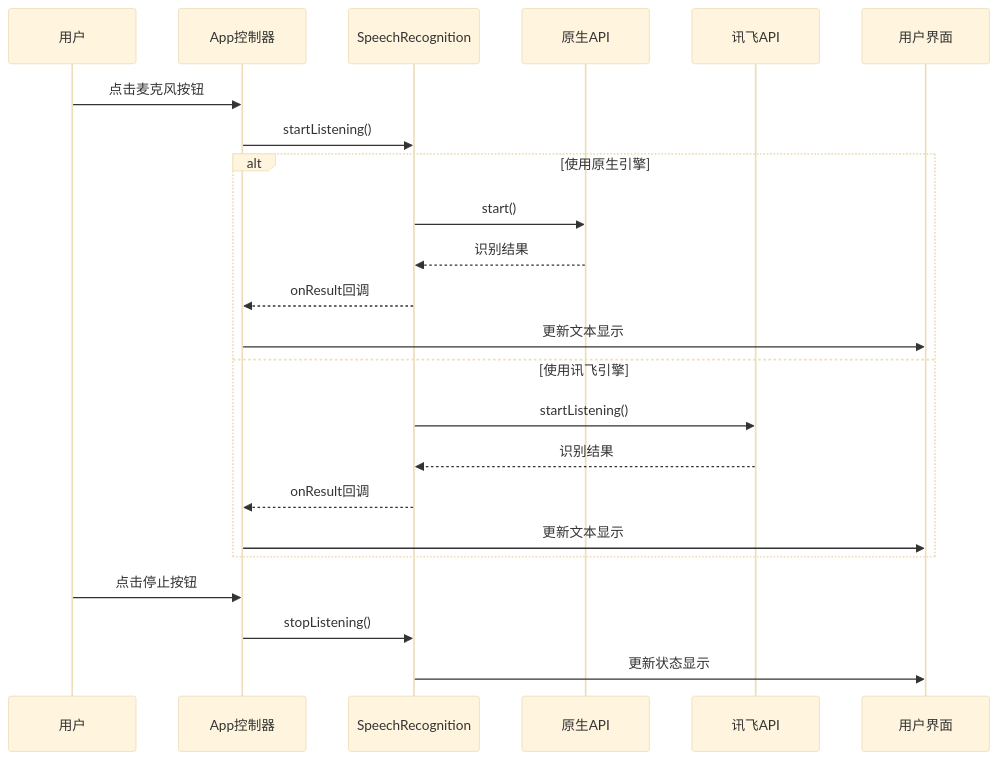
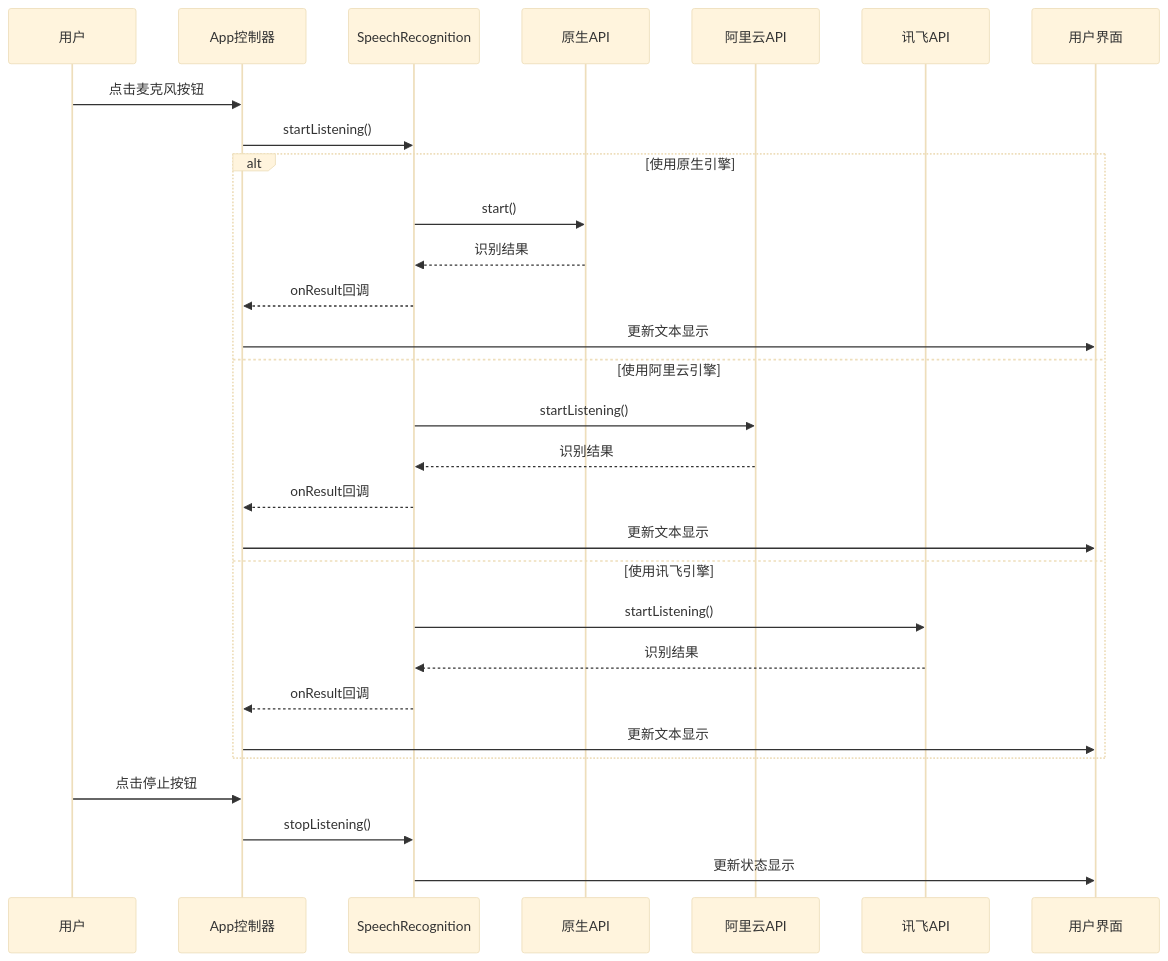
One commit to db300/MySpeechRecognition changed the seventh of 7 diagrams in .qoder/repowiki/zh/content/API参考文档/API参考文档.md. Above: the diagram before and after it, drawn with Mermaid (base theme). The commit also changed other lines of this file and 26 other files, not shown here.

````diff
--- a/.qoder/repowiki/zh/content/API参考文档/API参考文档.md
+++ b/.qoder/repowiki/zh/content/API参考文档/API参考文档.md
@@ -742,25 +940,31 @@
 ```mermaid
 sequenceDiagram
 participant User as 用户
 participant App as App控制器
 participant Speech as SpeechRecognition
 participant Native as 原生API
+participant Aliyun as 阿里云API
 participant Xfyun as 讯飞API
 participant UI as 用户界面
 User->>App : 点击麦克风按钮
 App->>Speech : startListening()
 alt 使用原生引擎
 Speech->>Native : start()
 Native-->>Speech : 识别结果
+Speech-->>App : onResult回调
+App->>UI : 更新文本显示
+else 使用阿里云引擎
+Speech->>Aliyun : startListening()
+Aliyun-->>Speech : 识别结果
 Speech-->>App : onResult回调
 App->>UI : 更新文本显示
 else 使用讯飞引擎
 Speech->>Xfyun : startListening()
 Xfyun-->>Speech : 识别结果
 Speech-->>App : onResult回调
 App->>UI : 更新文本显示
 end
 User->>App : 点击停止按钮
 App->>Speech : stopListening()
 Speech->>UI : 更新状态显示
 ```
````
